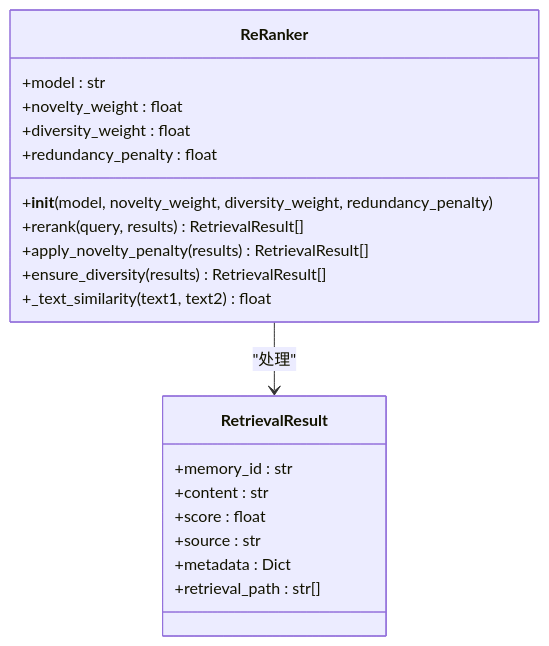
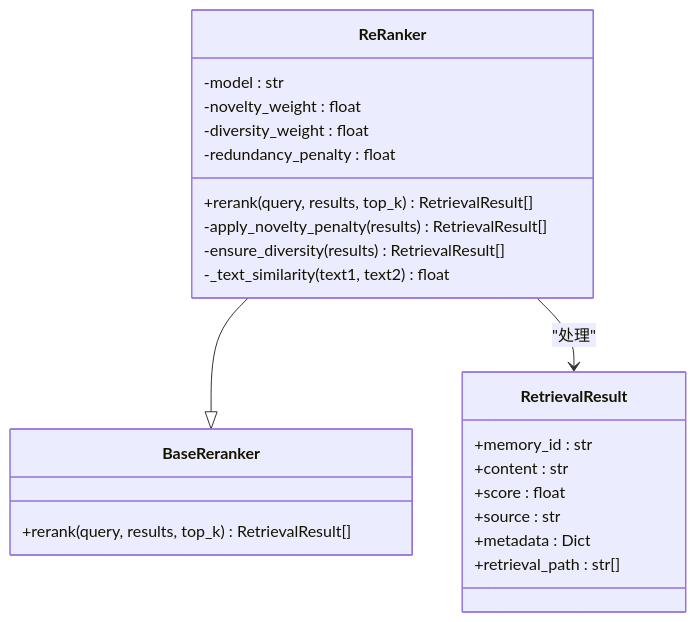
The third of 5 diagrams in .qoder/repowiki/zh/content/检索引擎模块/重排序系统.md (JieGaoPrinceton/NecoRAG), drawn with Mermaid before and after one commit. The commit also changed other lines of this file and 181 other files, not shown here.

````diff
--- a/.qoder/repowiki/zh/content/检索引擎模块/重排序系统.md
+++ b/.qoder/repowiki/zh/content/检索引擎模块/重排序系统.md
@@ -127,23 +142,26 @@
 ```mermaid
 classDiagram
+class BaseReranker {
++rerank(query, results, top_k) RetrievalResult[]
+}
 class ReRanker {
-+model : str
-+novelty_weight : float
-+diversity_weight : float
-+redundancy_penalty : float
-+__init__(model, novelty_weight, diversity_weight, redundancy_penalty)
-+rerank(query, results) RetrievalResult[]
-+apply_novelty_penalty(results) RetrievalResult[]
-+ensure_diversity(results) RetrievalResult[]
-+_text_similarity(text1, text2) float
+-model : str
+-novelty_weight : float
+-diversity_weight : float
+-redundancy_penalty : float
++rerank(query, results, top_k) RetrievalResult[]
+-apply_novelty_penalty(results) RetrievalResult[]
+-ensure_diversity(results) RetrievalResult[]
+-_text_similarity(text1, text2) float
 }
 class RetrievalResult {
 +memory_id : str
 +content : str
 +score : float
 +source : str
 +metadata : Dict
 +retrieval_path : str[]
 }
+ReRanker --|> BaseReranker
 ReRanker --> RetrievalResult : "处理"
 ```
````
